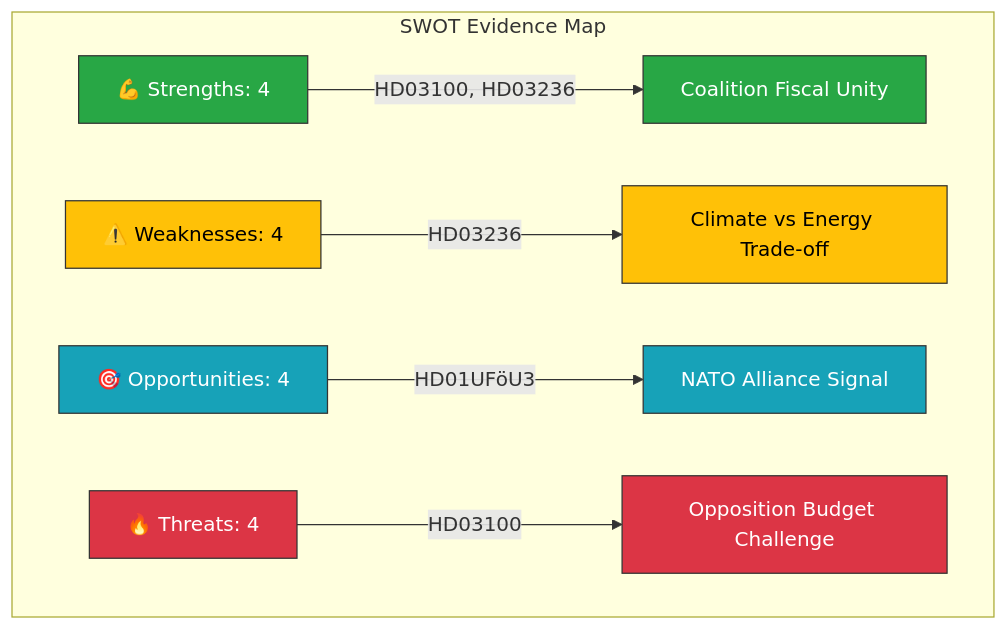
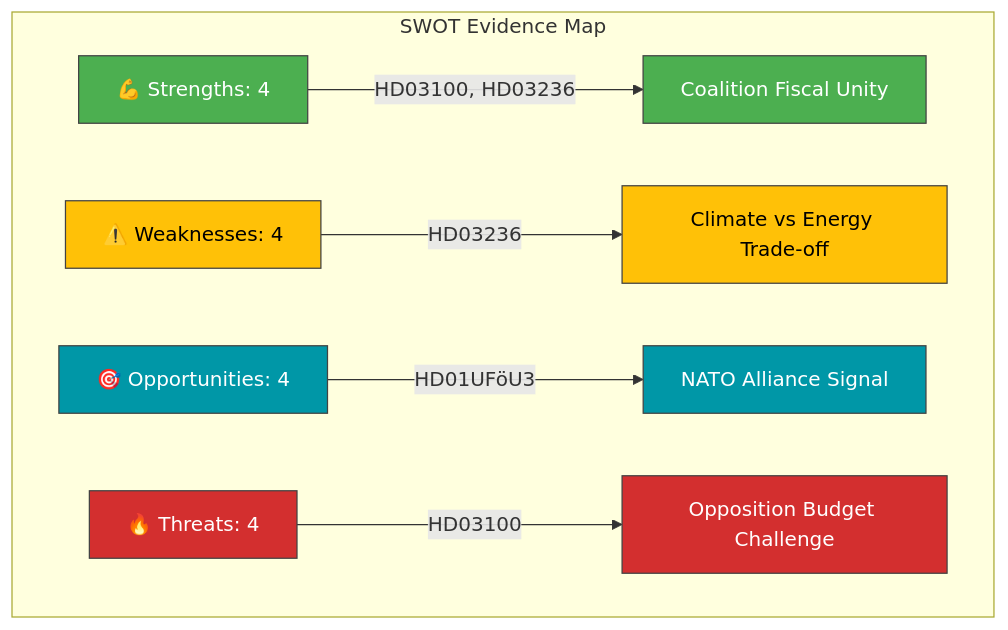
The diagram in analysis/daily/2026-04-13/realtime-1433/swot-analysis.md (Hack23/riksdagsmonitor), drawn with Mermaid before and after one commit. The commit also changed 785 other files, not shown here.

First line of the commit message:
Normalize mermaid colors across 786 analysis artifacts to ISMS Style Guide palette

````diff
--- a/analysis/daily/2026-04-13/realtime-1433/swot-analysis.md
+++ b/analysis/daily/2026-04-13/realtime-1433/swot-analysis.md
@@ -52,21 +52,21 @@
 ```mermaid
 graph TD
     subgraph "SWOT Evidence Map"
         S["💪 Strengths: 4"]
         W["⚠️ Weaknesses: 4"]
         O["🎯 Opportunities: 4"]
         T["🔥 Threats: 4"]
         S --> |"HD03100, HD03236"| Core["Coalition Fiscal Unity"]
         W --> |"HD03236"| Climate["Climate vs Energy Trade-off"]
         O --> |"HD01UFöU3"| NATO["NATO Alliance Signal"]
         T --> |"HD03100"| Opp["Opposition Budget Challenge"]
     end
-    style S fill:#28a745,stroke:#333,color:#fff
-    style W fill:#ffc107,stroke:#333,color:#000
-    style O fill:#17a2b8,stroke:#333,color:#fff
-    style T fill:#dc3545,stroke:#333,color:#fff
-    style Core fill:#28a745,stroke:#333,color:#fff
-    style Climate fill:#ffc107,stroke:#333,color:#000
-    style NATO fill:#17a2b8,stroke:#333,color:#fff
-    style Opp fill:#dc3545,stroke:#333,color:#fff
+    style S fill:#4CAF50,stroke:#424242,color:#FFFFFF
+    style W fill:#FFC107,stroke:#424242,color:#000000
+    style O fill:#0097A7,stroke:#424242,color:#FFFFFF
+    style T fill:#D32F2F,stroke:#424242,color:#FFFFFF
+    style Core fill:#4CAF50,stroke:#424242,color:#FFFFFF
+    style Climate fill:#FFC107,stroke:#424242,color:#000000
+    style NATO fill:#0097A7,stroke:#424242,color:#FFFFFF
+    style Opp fill:#D32F2F,stroke:#424242,color:#FFFFFF
 ```
````
